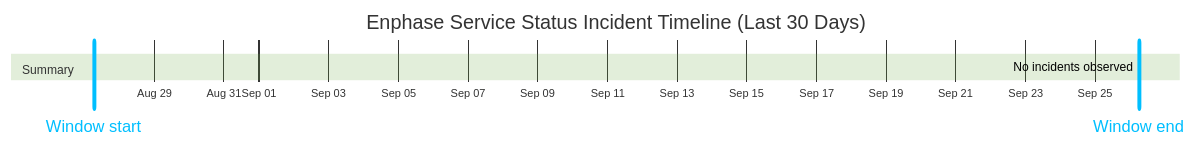
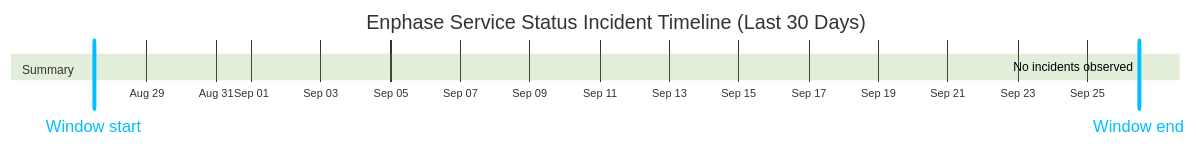
Before and after one commit to barneyonline/ha-enphase-energy: the diagram in wiki/Service-Status-History.md, drawn with Mermaid (forest theme). The commit also changed other lines of this file and 3 other files, not shown here.

````diff
--- a/wiki/Service-Status-History.md
+++ b/wiki/Service-Status-History.md
@@ -14,10 +14,10 @@
 ```mermaid
 gantt
     title Enphase Service Status Incident Timeline (Last 30 Days)
     dateFormat  YYYY-MM-DDTHH:mm:ss
     axisFormat  %b %d
-    Window start :vert, window-start, 2026-08-27T06:24:32, 0ms
-    Window end :vert, window-end, 2026-09-26T06:24:32, 0ms
+    Window start :vert, window-start, 2026-08-27T11:40:32, 0ms
+    Window end :vert, window-end, 2026-09-26T11:40:32, 0ms
     section Summary
-    No incidents observed :done, 2026-09-26T06:24:32, 1m
+    No incidents observed :done, 2026-09-26T11:40:32, 1m
 ```
````
